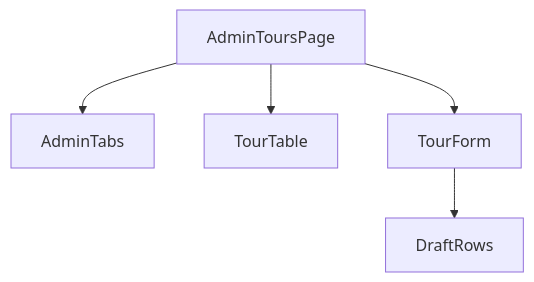
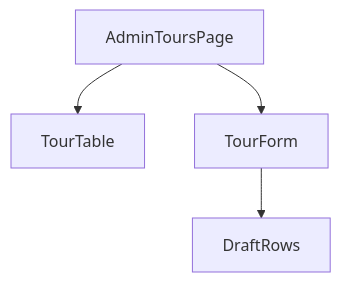
One commit to summer10920/summer10920.github.io changed diagram 11 of 12 in source/_posts/lokiTech-15day-12-project-travel.md. Above: the diagram before and after it, drawn with Mermaid. The commit also changed other lines of this file and 1 other file, not shown here.

First line of the commit message:
講義 12、13：後台改為列表＋Dialog，拿掉 AdminTabs，訂單改狀態前確認軟刪

```diff
--- a/source/_posts/lokiTech-15day-12-project-travel.md
+++ b/source/_posts/lokiTech-15day-12-project-travel.md
@@ -5285,6 +5286,5 @@
 {% mermaid graph TD %}
-  page["AdminToursPage"] --> tabs["AdminTabs"]
-  page --> table["TourTable"]
+  page["AdminToursPage"] --> table["TourTable"]
   page --> form["TourForm"]
   form --> rows["DraftRows"]
 {% endmermaid %}
```
